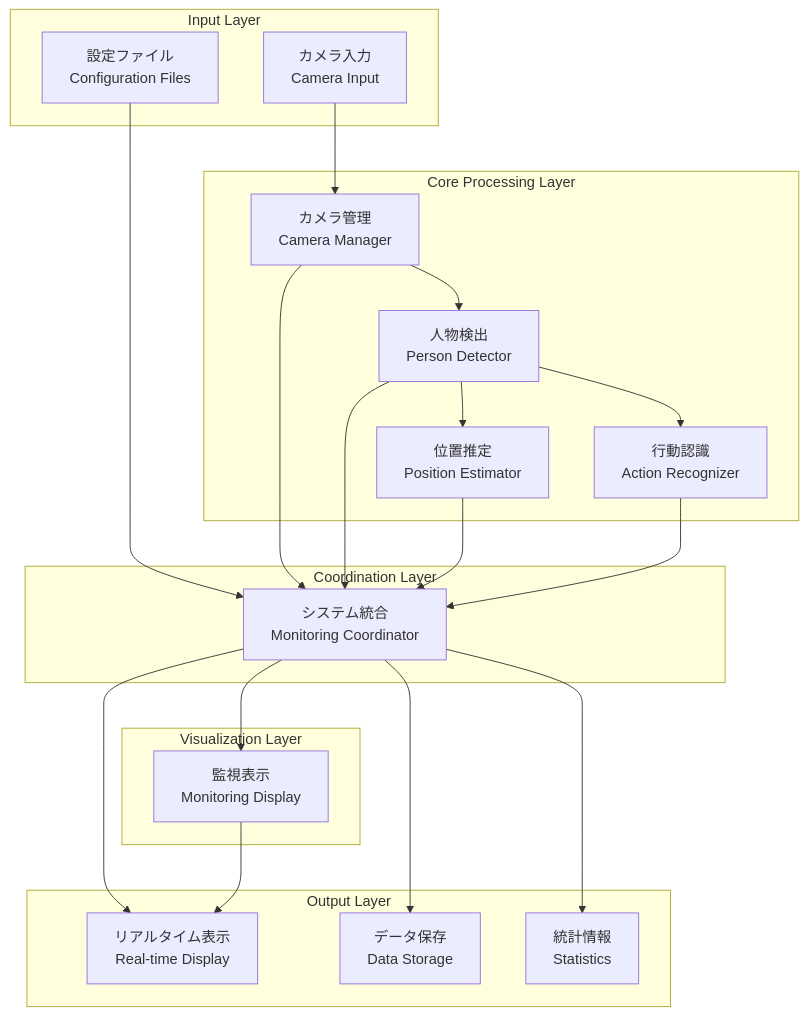
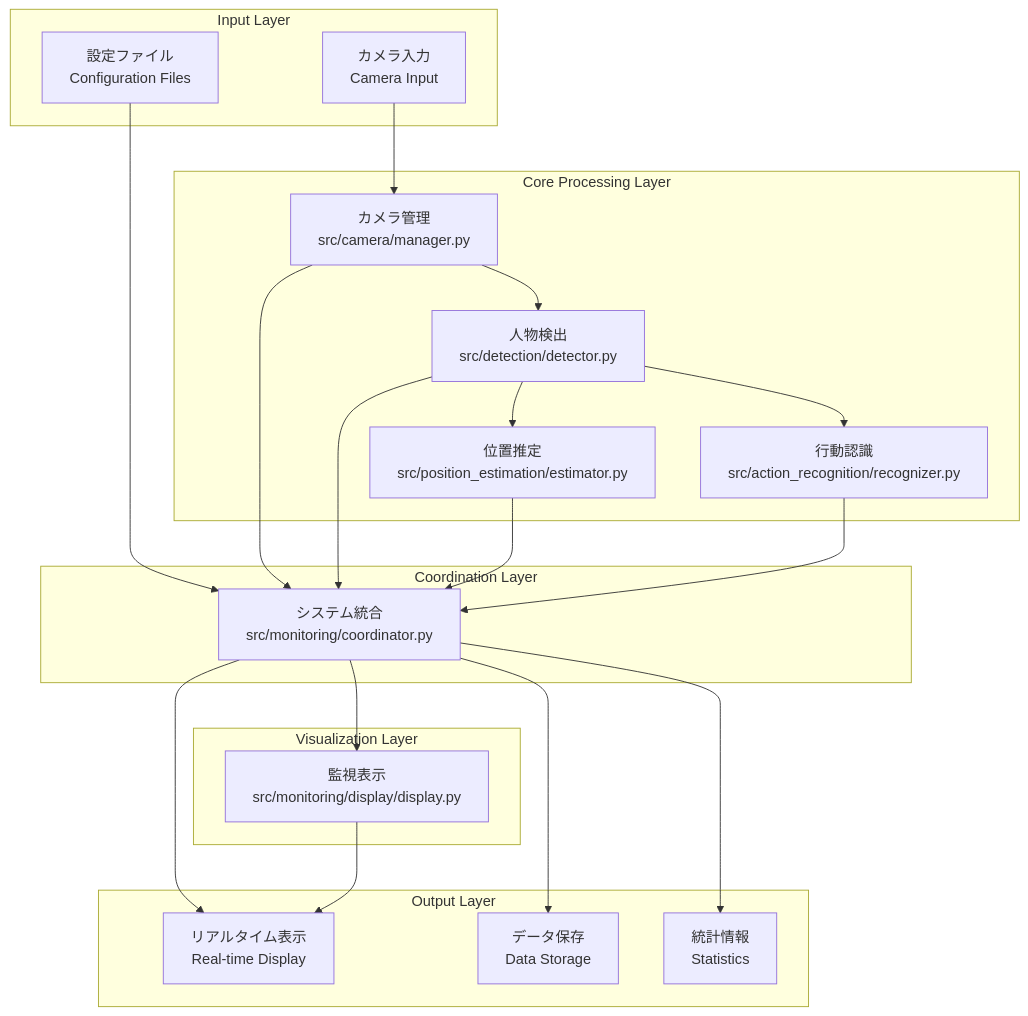
One commit to kira612/PBL_test changed the first of 11 diagrams in docs/System_Architecture.md. Above: the diagram before and after it, drawn with Mermaid. The commit also changed other lines of this file and 60 other files, not shown here.

First line of the commit message:
Refactor codebase into modular architecture with comprehensive documentation updates

````diff
--- a/docs/System_Architecture.md
+++ b/docs/System_Architecture.md
@@ -10,43 +10,43 @@
 ```mermaid
 graph TB
     subgraph "Input Layer"
         Camera[カメラ入力<br/>Camera Input]
         Config[設定ファイル<br/>Configuration Files]
     end
 
     subgraph "Core Processing Layer"
-        CameraManager[カメラ管理<br/>Camera Manager]
-        PersonDetector[人物検出<br/>Person Detector]
-        PositionEstimator[位置推定<br/>Position Estimator]
-        ActionRecognizer[行動認識<br/>Action Recognizer]
+        CameraManager[カメラ管理<br/>src/camera/manager.py]
+        PersonDetector[人物検出<br/>src/detection/detector.py]
+        PositionEstimator[位置推定<br/>src/position_estimation/estimator.py]
+        ActionRecognizer[行動認識<br/>src/action_recognition/recognizer.py]
     end
 
     subgraph "Visualization Layer"
-        MonitoringDisplay[監視表示<br/>Monitoring Display]
+        MonitoringDisplay[監視表示<br/>src/monitoring/display/display.py]
     end
 
     subgraph "Coordination Layer"
-        Coordinator[システム統合<br/>Monitoring Coordinator]
+        Coordinator[システム統合<br/>src/monitoring/coordinator.py]
     end
 
     subgraph "Output Layer"
         Display[リアルタイム表示<br/>Real-time Display]
         Storage[データ保存<br/>Data Storage]
         Statistics[統計情報<br/>Statistics]
     end
 
     Camera --> CameraManager
     Config --> Coordinator
     CameraManager --> PersonDetector
     PersonDetector --> PositionEstimator
     PersonDetector --> ActionRecognizer
     CameraManager --> Coordinator
     PersonDetector --> Coordinator
     PositionEstimator --> Coordinator
     ActionRecognizer --> Coordinator
     Coordinator --> MonitoringDisplay
     Coordinator --> Display
     Coordinator --> Storage
     Coordinator --> Statistics
     MonitoringDisplay --> Display
 ```
````
